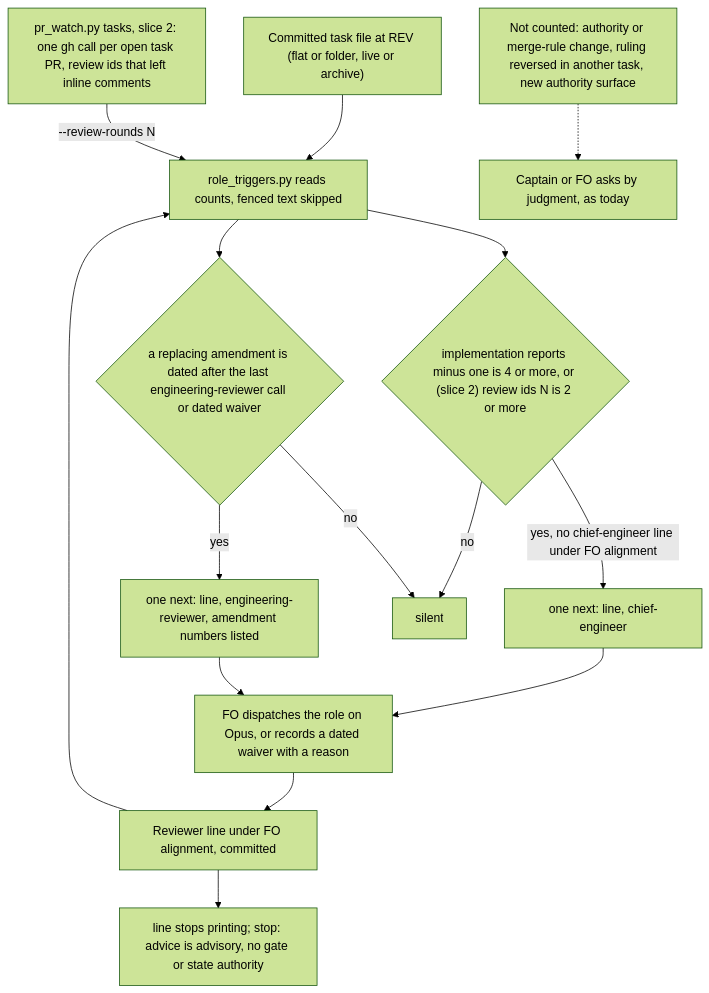
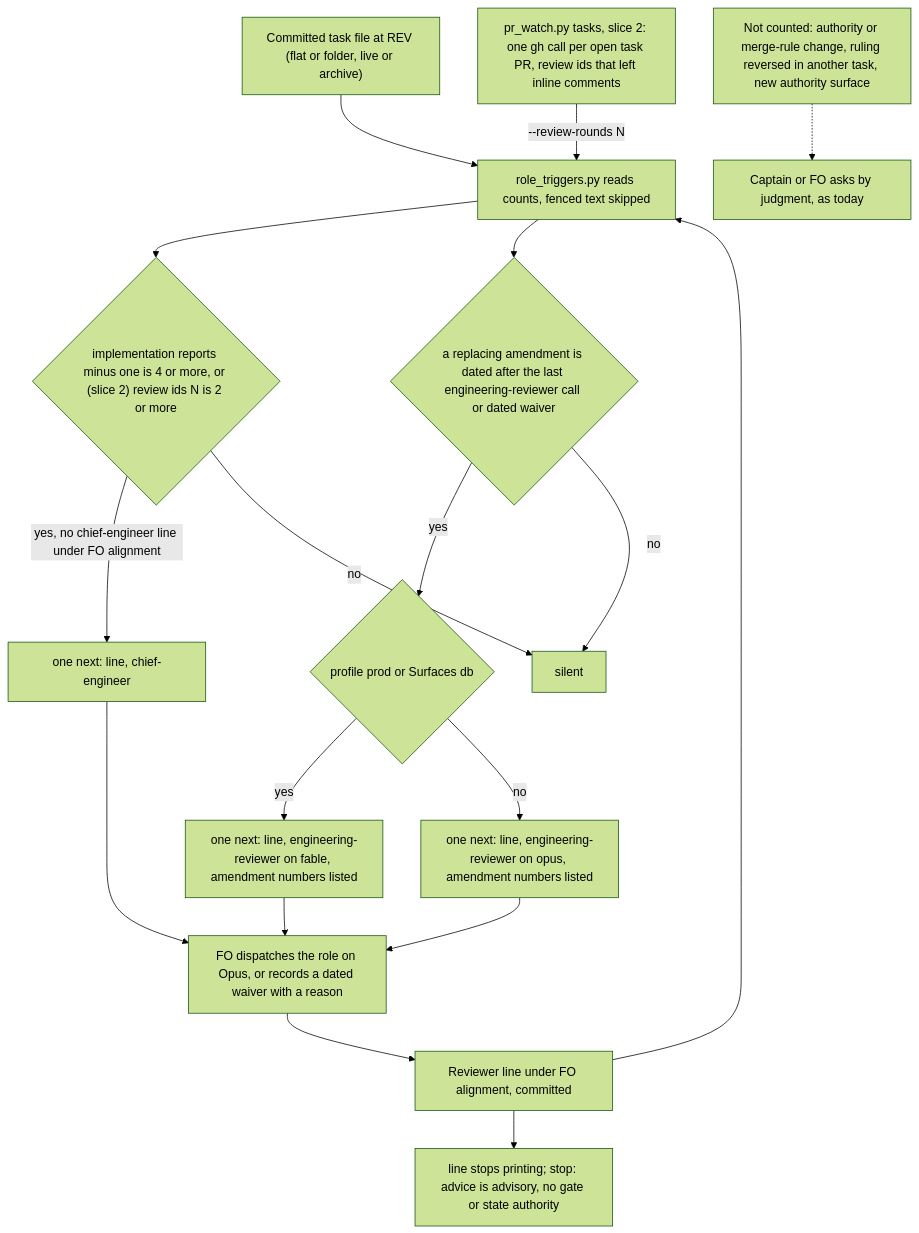
The diagram in special-role-calls-fire-when-needed.md (iamcxa/kc-claude-plugins), drawn with Mermaid (forest theme) before and after one commit. The commit also changed other lines of this file, not shown here.

````diff
--- a/special-role-calls-fire-when-needed.md
+++ b/special-role-calls-fire-when-needed.md
@@ -70,17 +70,20 @@
 ```mermaid
 flowchart TD
     T["Committed task file at REV (flat or folder, live or archive)"] --> R["role_triggers.py reads counts, fenced text skipped"]
     R --> C{"implementation reports minus one is 4 or more, or (slice 2) review ids N is 2 or more"}
     R --> E{"a replacing amendment is dated after the last engineering-reviewer call or dated waiver"}
     W["pr_watch.py tasks, slice 2: one gh call per open task PR, review ids that left inline comments"] -- "--review-rounds N" --> R
     C -- "yes, no chief-engineer line under FO alignment" --> L1["one next: line, chief-engineer"]
-    E -- "yes" --> L2["one next: line, engineering-reviewer, amendment numbers listed"]
+    E -- "yes" --> M{"profile prod or Surfaces db"}
+    M -- "yes" --> L2F["one next: line, engineering-reviewer on fable, amendment numbers listed"]
+    M -- "no" --> L2["one next: line, engineering-reviewer on opus, amendment numbers listed"]
+    L2F --> FO
     C -- "no" --> S["silent"]
     E -- "no" --> S
     L1 --> FO["FO dispatches the role on Opus, or records a dated waiver with a reason"]
     L2 --> FO
     FO --> REC["Reviewer line under FO alignment, committed"]
     REC --> R
     REC --> GONE["line stops printing; stop: advice is advisory, no gate or state authority"]
     NC["Not counted: authority or merge-rule change, ruling reversed in another task, new authority surface"] -.-> J["Captain or FO asks by judgment, as today"]
 ```
````
